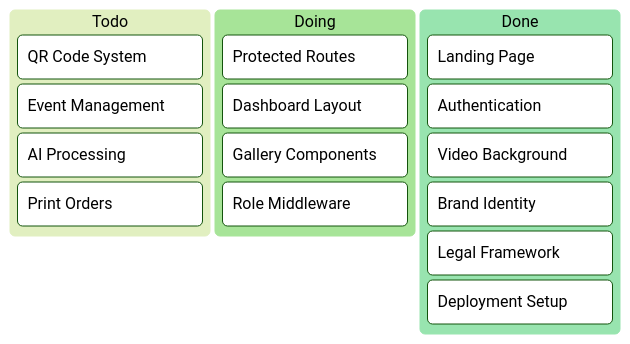
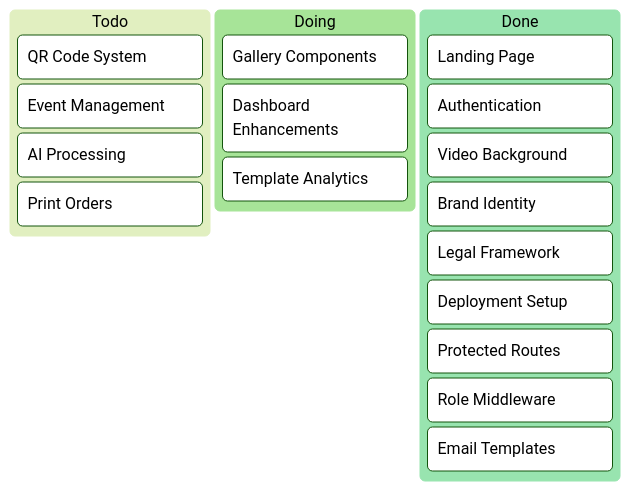
The first of 2 diagrams in docs/planning/roadmap.md (mrj0nesmtl/cloud-burst), drawn with Mermaid (forest theme) before and after one commit. The commit also changed other lines of this file and 28 other files, not shown here.

Commit message:
v0.1.17: Documentation Update - Email Template Management System and Project Structure

````diff
--- a/docs/planning/roadmap.md
+++ b/docs/planning/roadmap.md
@@ -107,23 +120,25 @@
 ```mermaid
 ---
 title: Cloud Burst Development Kanban
 ---
 kanban
     Todo 
         QR Code System
         Event Management
         AI Processing
         Print Orders
     Doing
-        Protected Routes
-        Dashboard Layout
         Gallery Components
-        Role Middleware
+        Dashboard Enhancements
+        Template Analytics
     Done
         Landing Page
         Authentication
         Video Background
         Brand Identity
         Legal Framework
         Deployment Setup
+        Protected Routes
+        Role Middleware
+        Email Templates
 ```
````
